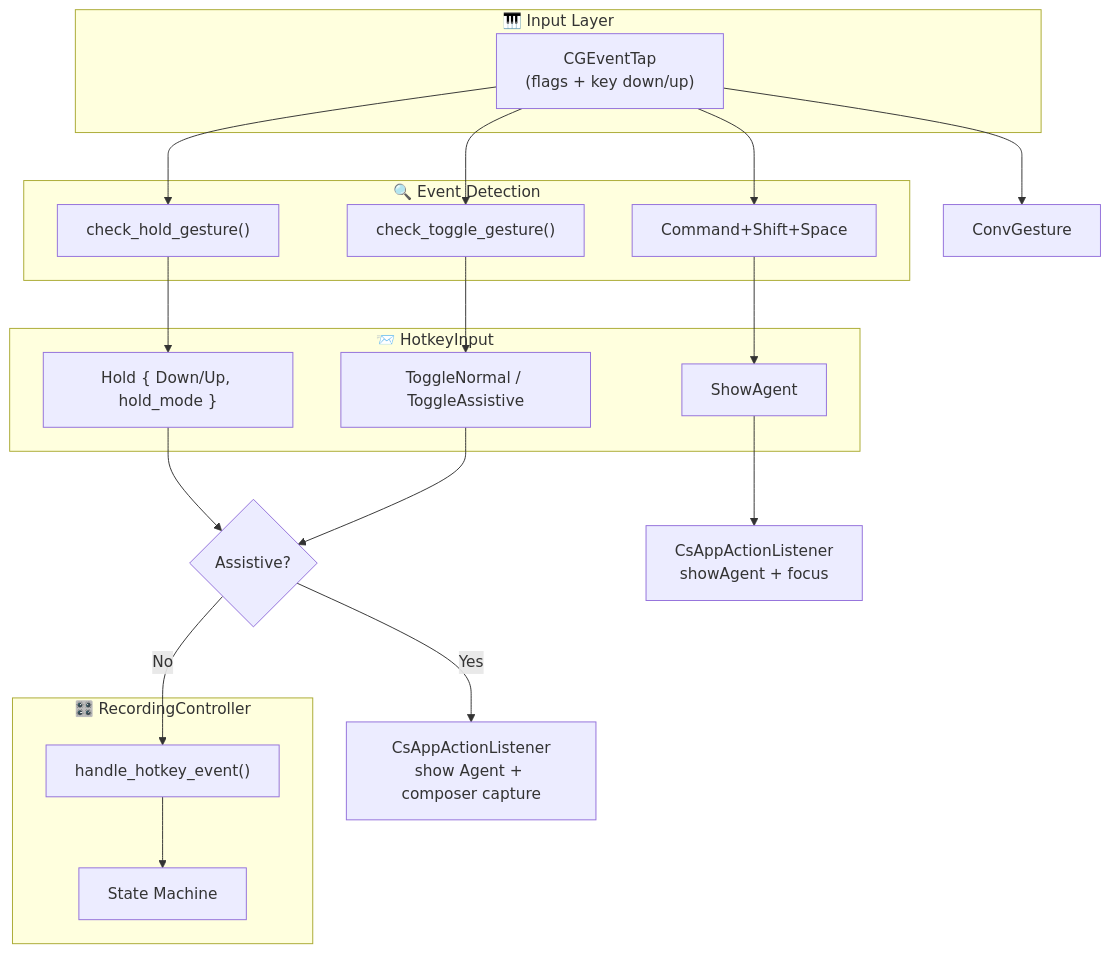
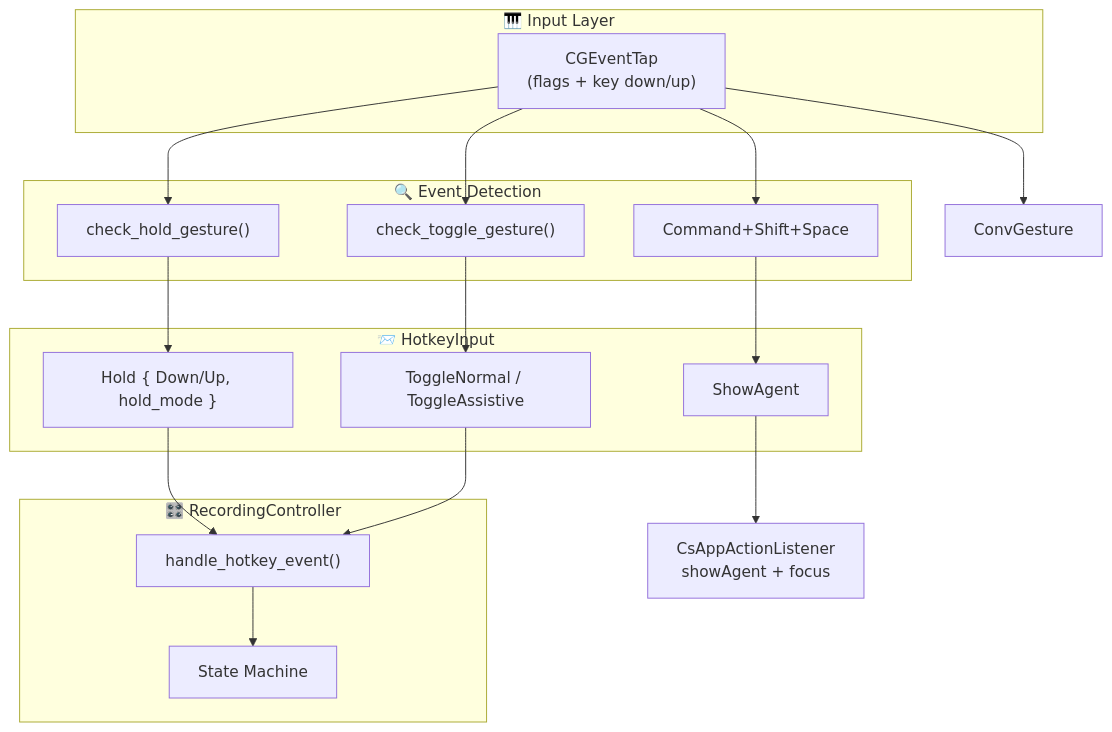
Before and after one commit to vetcoders/codescribe: the first of 6 diagrams in docs/HOTKEYS_CONTRACT.md, drawn with Mermaid. The commit also changed other lines of this file and 9 other files, not shown here.

````diff
--- a/docs/HOTKEYS_CONTRACT.md
+++ b/docs/HOTKEYS_CONTRACT.md
@@ -40,39 +43,37 @@
 ```mermaid
 flowchart TB
     subgraph Input["🎹 Input Layer"]
         CGEventTap["CGEventTap<br/>(flags + key down/up)"]
     end
 
     subgraph Detection["🔍 Event Detection"]
         HoldGesture["check_hold_gesture()"]
         ToggleGesture["check_toggle_gesture()"]
         CommandGesture["Command+Shift+Space"]
     end
 
     subgraph Events["📨 HotkeyInput"]
         HoldEvent["Hold { Down/Up, hold_mode }"]
         ToggleEvent["ToggleNormal / ToggleAssistive"]
         ShowAgent["ShowAgent"]
     end
 
     subgraph Controller["🎛️ RecordingController"]
         Handler["handle_hotkey_event()"]
         StateMachine["State Machine"]
     end
 
     CGEventTap --> HoldGesture
     CGEventTap --> ToggleGesture
     CGEventTap --> ConvGesture
 
     HoldGesture --> HoldEvent
     ToggleGesture --> ToggleEvent
     CGEventTap --> CommandGesture
     CommandGesture --> ShowAgent
-    HoldEvent --> AssistiveSplit{"Assistive?"}
-    ToggleEvent --> AssistiveSplit
-    AssistiveSplit -->|No| Handler
-    AssistiveSplit -->|Yes| AgentCapture["CsAppActionListener<br/>show Agent + composer capture"]
+    HoldEvent --> Handler
+    ToggleEvent --> Handler
     ShowAgent --> AppAction["CsAppActionListener<br/>showAgent + focus"]
 
     Handler --> StateMachine
 ```
````
